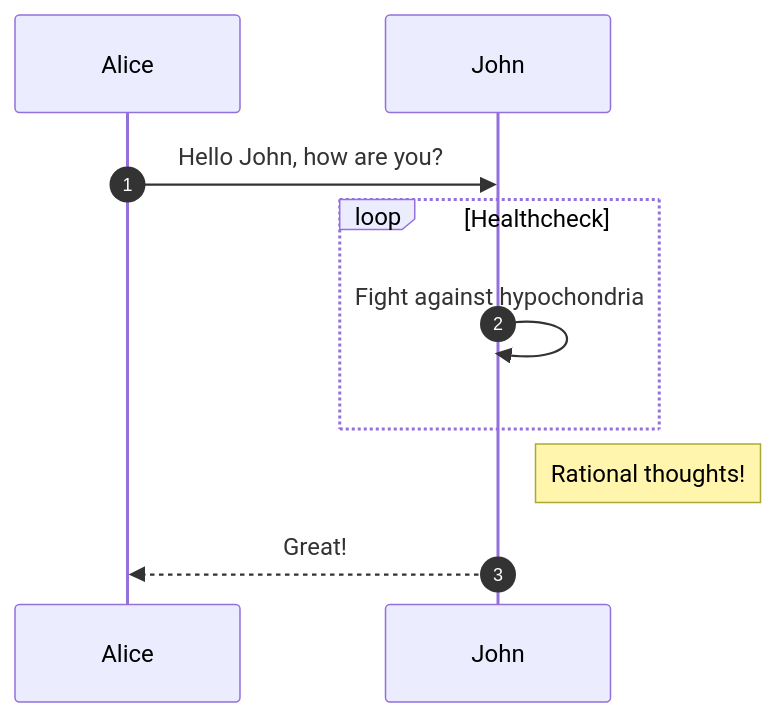
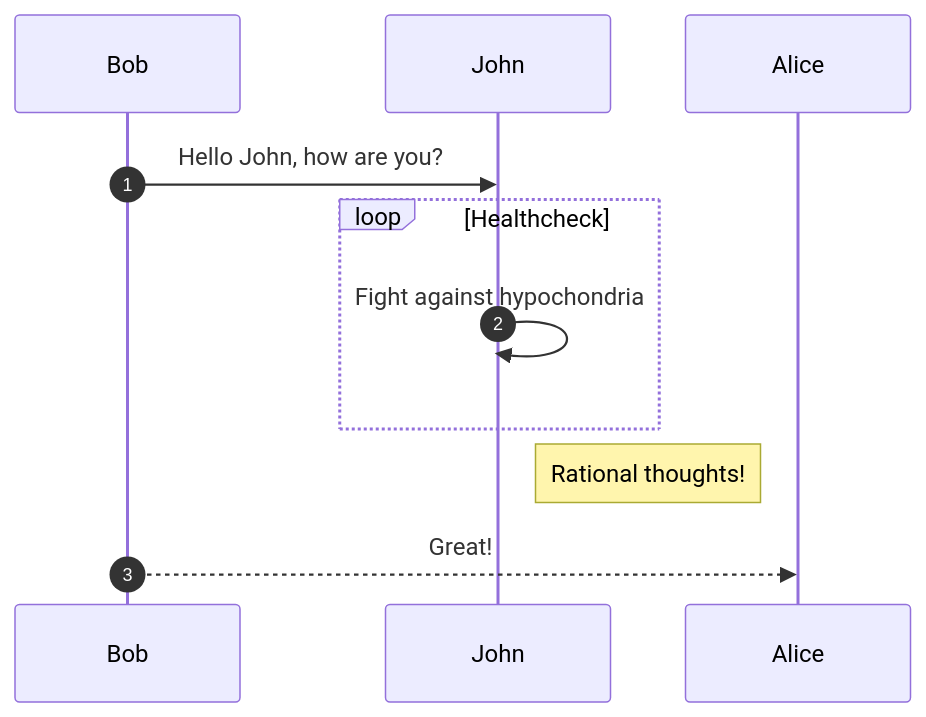
One commit to geksogen/Learn_GIT changed the diagram in docs/sequence_diag.md. Above: the diagram before and after it, drawn with Mermaid.

````diff
--- a/docs/sequence_diag.md
+++ b/docs/sequence_diag.md
@@ -3,10 +3,10 @@
 ``` mermaid
 sequenceDiagram
   autonumber
-  Alice->>John: Hello John, how are you?
+  Bob->>John: Hello John, how are you?
   loop Healthcheck
       John->>John: Fight against hypochondria
   end
   Note right of John: Rational thoughts!
-  John-->>Alice: Great!
+  Bob-->>Alice: Great!
 ```
````
